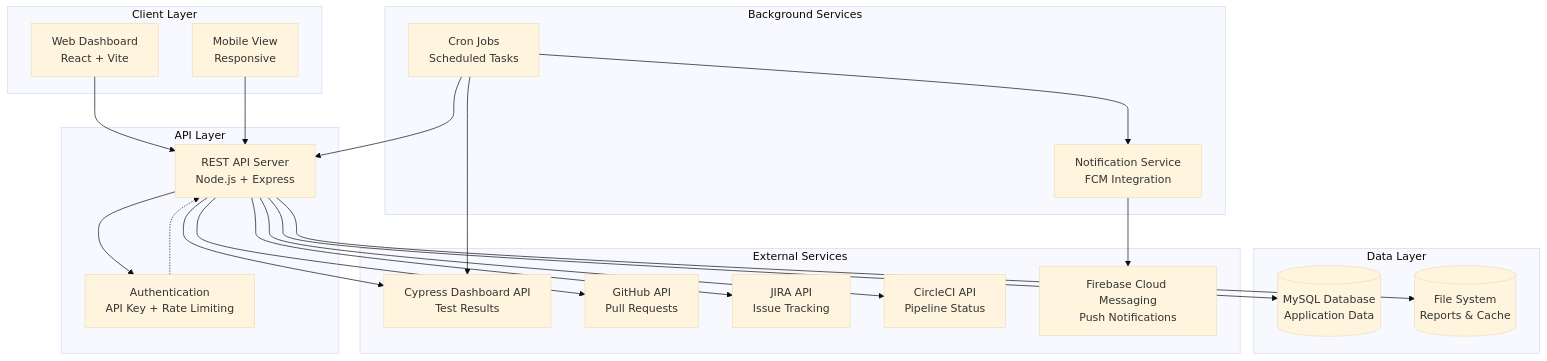
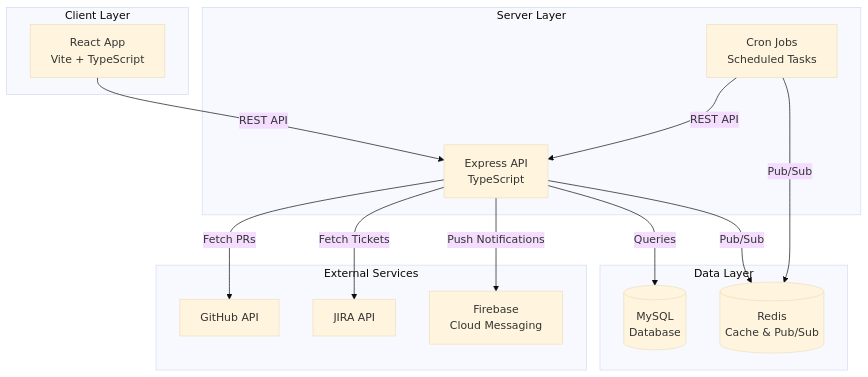
The first of 6 diagrams in docs/docs/architecture/overview.md (jayc13/my-dashboard), drawn with Mermaid (base theme) before and after one commit. The commit also changed other lines of this file and 58 other files, not shown here.

````diff
--- a/docs/docs/architecture/overview.md
+++ b/docs/docs/architecture/overview.md
@@ -7,48 +9,31 @@
 ```mermaid
 graph TB
     subgraph "Client Layer"
-        WEB[Web Dashboard<br/>React + Vite]
-        MOBILE[Mobile View<br/>Responsive]
+        UI[React App<br/>Vite + TypeScript]
     end
     
-    subgraph "API Layer"
-        API[REST API Server<br/>Node.js + Express]
-        AUTH[Authentication<br/>API Key + Rate Limiting]
-    end
-    
-    subgraph "Background Services"
+    subgraph "Server Layer"
+        API[Express API<br/>TypeScript]
         CRON[Cron Jobs<br/>Scheduled Tasks]
-        NOTIF[Notification Service<br/>FCM Integration]
     end
     
     subgraph "Data Layer"
-        DB[(MySQL Database<br/>Application Data)]
-        FILES[(File System<br/>Reports & Cache)]
+        DB[(MySQL<br/>Database)]
+        REDIS[(Redis<br/>Cache & Pub/Sub)]
     end
     
     subgraph "External Services"
-        CYPRESS[Cypress Dashboard API<br/>Test Results]
-        GITHUB[GitHub API<br/>Pull Requests]
-        JIRA[JIRA API<br/>Issue Tracking]
-        CIRCLECI[CircleCI API<br/>Pipeline Status]
-        FCM[Firebase Cloud Messaging<br/>Push Notifications]
+        GITHUB[GitHub API]
+        JIRA[JIRA API]
+        FCM[Firebase<br/>Cloud Messaging]
     end
     
-    WEB --> API
-    MOBILE --> API
-    API --> AUTH
-    API --> DB
-    API --> FILES
-    API --> CYPRESS
-    API --> GITHUB
-    API --> JIRA
-    API --> CIRCLECI
-    
-    CRON --> API
-    CRON --> CYPRESS
-    CRON --> NOTIF
-    
-    NOTIF --> FCM
-    
-    AUTH -.-> API
+    UI -->|REST API| API
+    API -->|Queries| DB
+    API -->|Pub/Sub| REDIS
+    API -->|Fetch PRs| GITHUB
+    API -->|Fetch Tickets| JIRA
+    API -->|Push Notifications| FCM
+    CRON -->|Pub/Sub| REDIS
+    CRON -->|REST API| API
 ```
````
